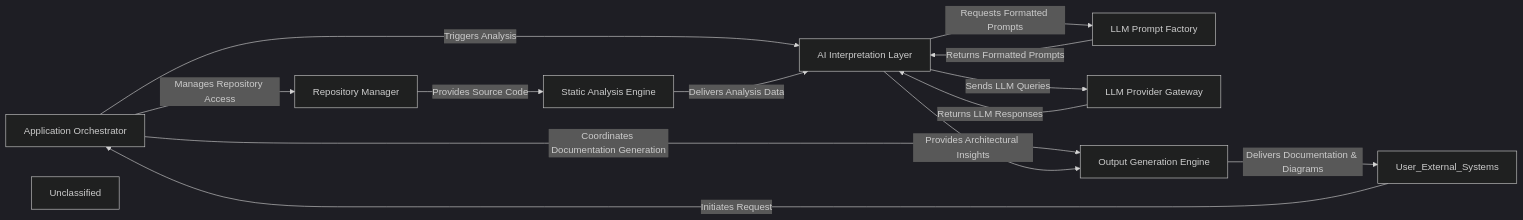
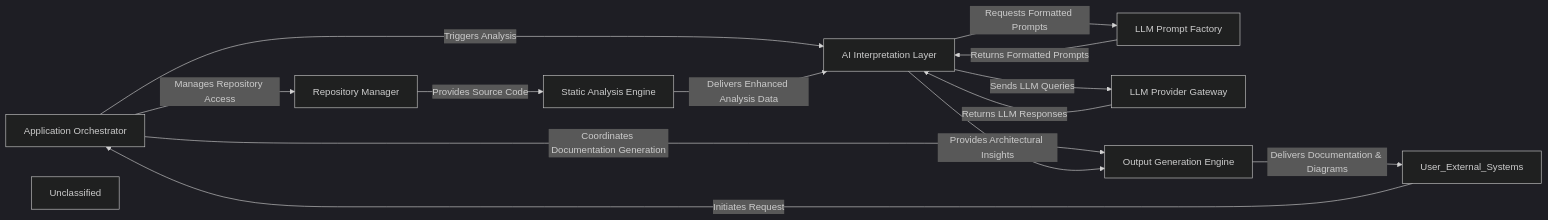
Before and after one commit to CodeBoarding/CodeBoarding: the diagram in .codeboarding/overview.md, drawn with Mermaid (dark theme). The commit also changed other lines of this file and 17 other files, not shown here.

First line of the commit message:
docs: update codeboarding documentation and generate architecture

````diff
--- a/.codeboarding/overview.md
+++ b/.codeboarding/overview.md
@@ -1,30 +1,30 @@
 ```mermaid
 graph LR
     Application_Orchestrator["Application Orchestrator"]
     Repository_Manager["Repository Manager"]
     Static_Analysis_Engine["Static Analysis Engine"]
     LLM_Prompt_Factory["LLM Prompt Factory"]
     LLM_Provider_Gateway["LLM Provider Gateway"]
     AI_Interpretation_Layer["AI Interpretation Layer"]
     Output_Generation_Engine["Output Generation Engine"]
     Unclassified["Unclassified"]
     User_External_Systems -- "Initiates Request" --> Application_Orchestrator
     Application_Orchestrator -- "Manages Repository Access" --> Repository_Manager
     Application_Orchestrator -- "Triggers Analysis" --> AI_Interpretation_Layer
     Application_Orchestrator -- "Coordinates Documentation Generation" --> Output_Generation_Engine
     Repository_Manager -- "Provides Source Code" --> Static_Analysis_Engine
-    Static_Analysis_Engine -- "Delivers Analysis Data" --> AI_Interpretation_Layer
+    Static_Analysis_Engine -- "Delivers Enhanced Analysis Data" --> AI_Interpretation_Layer
     AI_Interpretation_Layer -- "Requests Formatted Prompts" --> LLM_Prompt_Factory
     LLM_Prompt_Factory -- "Returns Formatted Prompts" --> AI_Interpretation_Layer
     AI_Interpretation_Layer -- "Sends LLM Queries" --> LLM_Provider_Gateway
     LLM_Provider_Gateway -- "Returns LLM Responses" --> AI_Interpretation_Layer
     AI_Interpretation_Layer -- "Provides Architectural Insights" --> Output_Generation_Engine
     Output_Generation_Engine -- "Delivers Documentation & Diagrams" --> User_External_Systems
     click Application_Orchestrator href "https://github.com/CodeBoarding/CodeBoarding/blob/main/.codeboarding/Application_Orchestrator.md" "Details"
     click Repository_Manager href "https://github.com/CodeBoarding/CodeBoarding/blob/main/.codeboarding/Repository_Manager.md" "Details"
     click Static_Analysis_Engine href "https://github.com/CodeBoarding/CodeBoarding/blob/main/.codeboarding/Static_Analysis_Engine.md" "Details"
     click LLM_Prompt_Factory href "https://github.com/CodeBoarding/CodeBoarding/blob/main/.codeboarding/LLM_Prompt_Factory.md" "Details"
     click LLM_Provider_Gateway href "https://github.com/CodeBoarding/CodeBoarding/blob/main/.codeboarding/LLM_Provider_Gateway.md" "Details"
     click AI_Interpretation_Layer href "https://github.com/CodeBoarding/CodeBoarding/blob/main/.codeboarding/AI_Interpretation_Layer.md" "Details"
     click Output_Generation_Engine href "https://github.com/CodeBoarding/CodeBoarding/blob/main/.codeboarding/Output_Generation_Engine.md" "Details"
 ```
````
